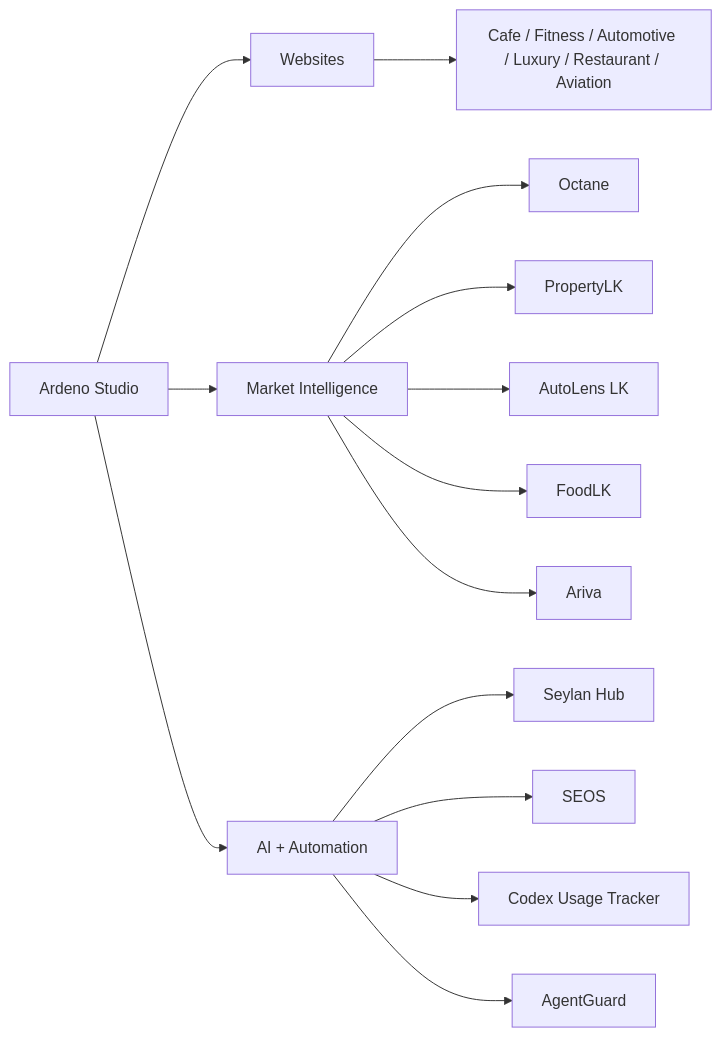
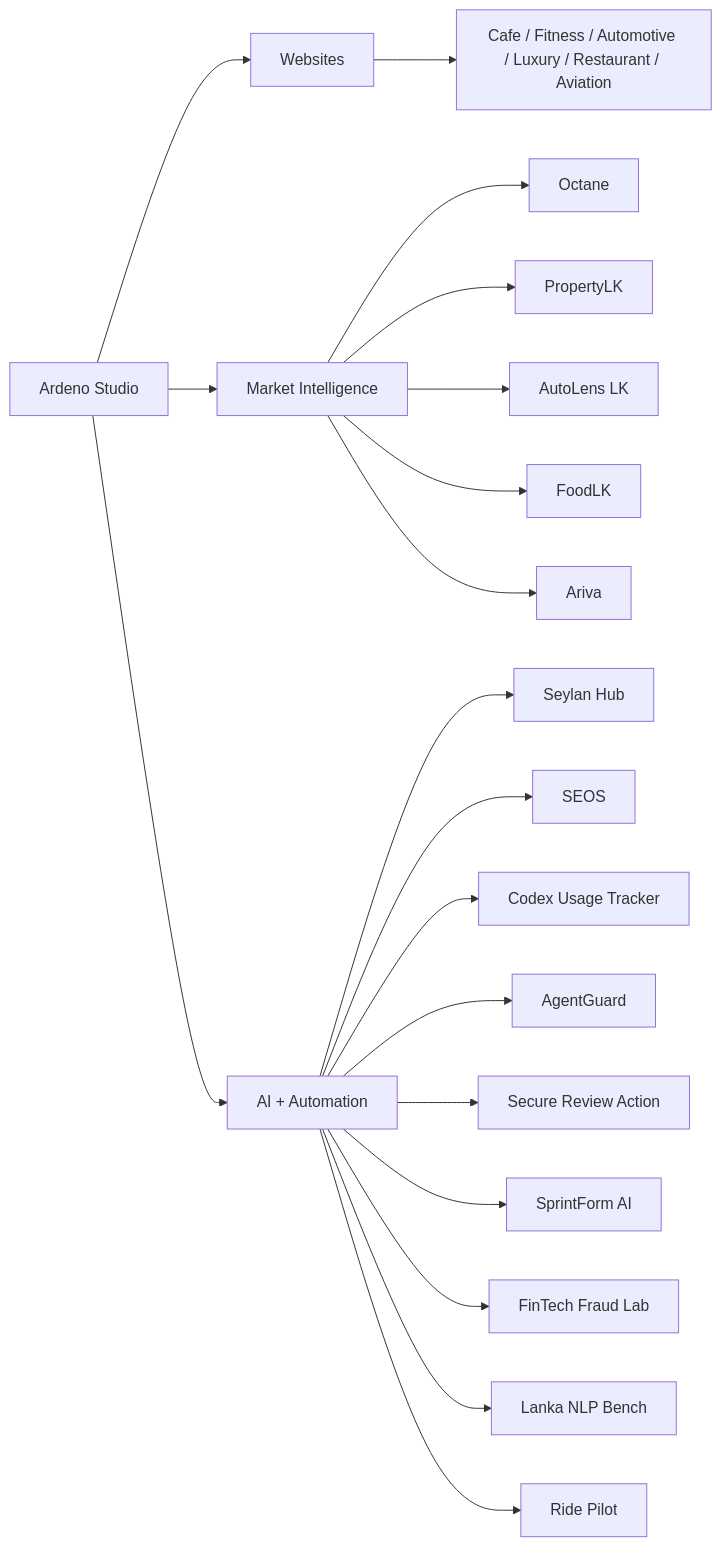
One commit to SuvenSeo/SuvenSeo changed the diagram in README.md. Above: the diagram before and after it, drawn with Mermaid. The commit also changed other lines of this file, not shown here.

````diff
--- a/README.md
+++ b/README.md
@@ -59,16 +59,21 @@
 ```mermaid
 flowchart LR
     A["Ardeno Studio"] --> B["Websites"]
     A --> C["Market Intelligence"]
     A --> D["AI + Automation"]
     B --> B1["Cafe / Fitness / Automotive / Luxury / Restaurant / Aviation"]
     C --> C1["Octane"]
     C --> C2["PropertyLK"]
     C --> C3["AutoLens LK"]
     C --> C4["FoodLK"]
     C --> C5["Ariva"]
     D --> D1["Seylan Hub"]
     D --> D2["SEOS"]
     D --> D3["Codex Usage Tracker"]
     D --> D4["AgentGuard"]
+    D --> D5["Secure Review Action"]
+    D --> D6["SprintForm AI"]
+    D --> D7["FinTech Fraud Lab"]
+    D --> D8["Lanka NLP Bench"]
+    D --> D9["Ride Pilot"]
 ```
````
